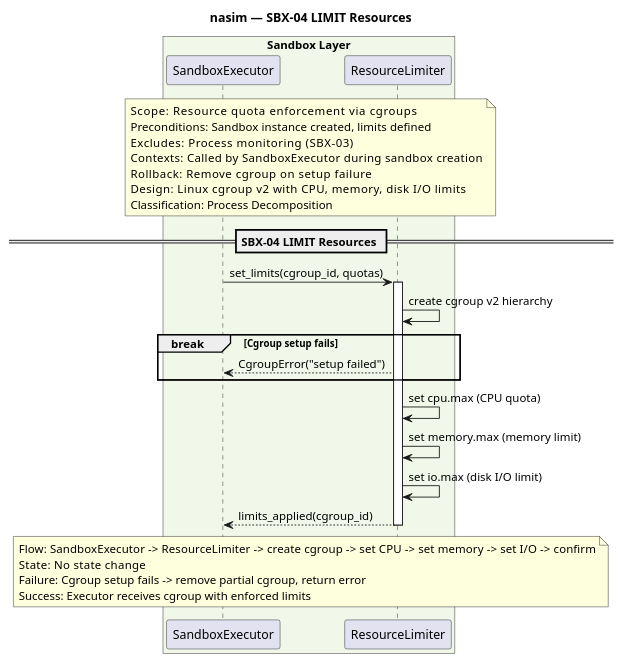
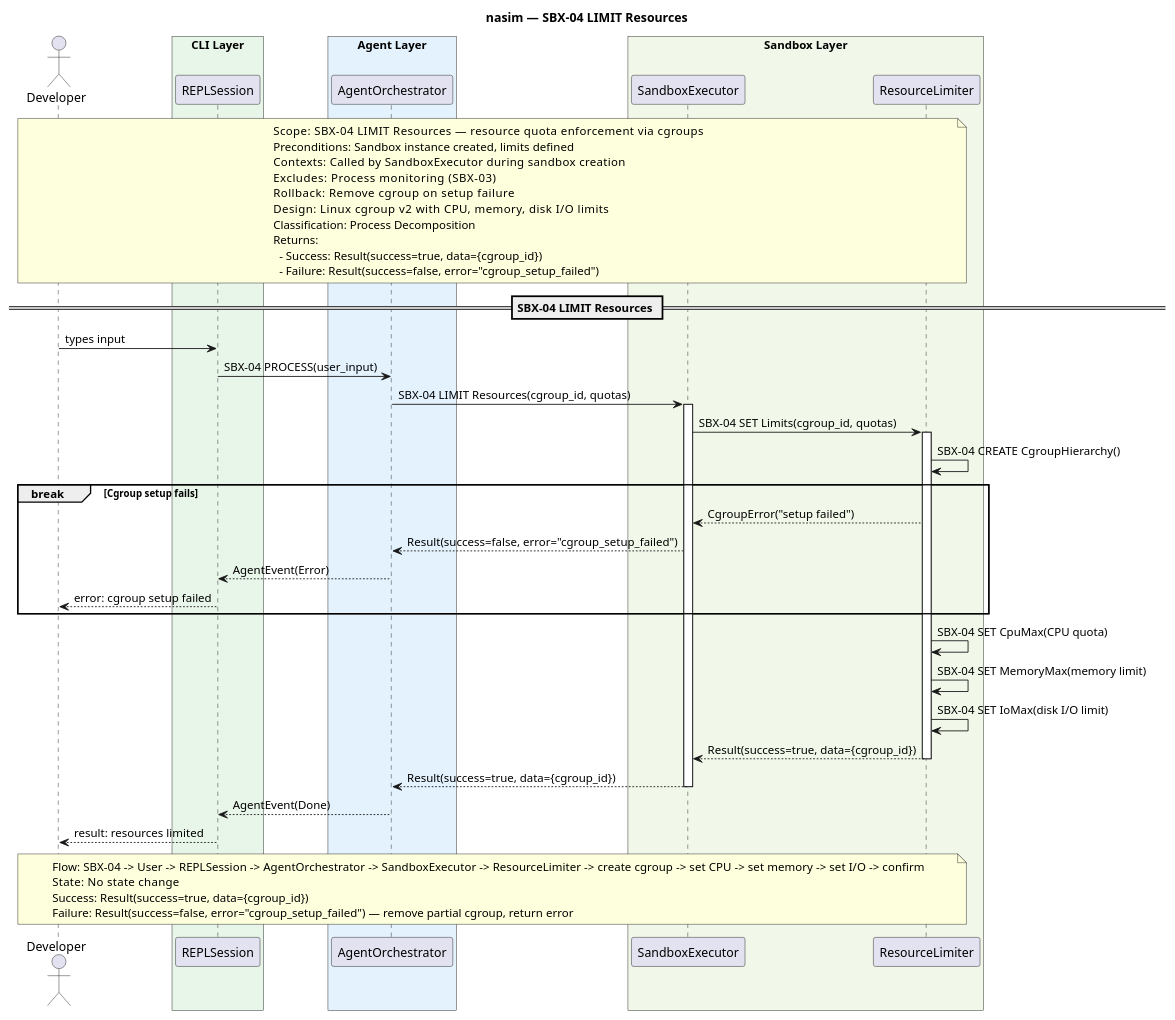
Before and after one commit to salimnamvar/nasim: the diagram in docs/SQ/SBX/sq_sbx04_limit_resources.puml, drawn with PlantUML. The commit also changed 148 other files, not shown here.

```diff
--- a/docs/SQ/SBX/sq_sbx04_limit_resources.puml
+++ b/docs/SQ/SBX/sq_sbx04_limit_resources.puml
@@ -1,54 +1,80 @@
 @startuml sq_sbx04_limit_resources
 ' ============================================================
 ' Title:     SBX-04 — LIMIT Resources
 ' Boundary:  nasim code agent
 ' Purpose:   Enforce CPU, memory, and disk quotas per sandbox instance
 ' Milestone: v1.0
-' Version:   2.0.0
+' Version:   3.0.0
 ' Source:    docs/UC/README.md
 ' Review:    docs/SQ/README.md
 ' ============================================================
 
 title nasim — SBX-04 LIMIT Resources
 
+actor "Developer" as user
+
+box "CLI Layer" #E8F5E9
+  participant "REPLSession" as repl
+end box
+box "Agent Layer" #E3F2FD
+  participant "AgentOrchestrator" as agent
+end box
 box "Sandbox Layer" #F1F8E9
   participant "SandboxExecutor" as executor
   participant "ResourceLimiter" as limiter
 end box
 
-note over executor, limiter
-  Scope:          Resource quota enforcement via cgroups
+note over user, limiter
+  Scope:          SBX-04 LIMIT Resources — resource quota enforcement via cgroups
   Preconditions:  Sandbox instance created, limits defined
+  Contexts:       Called by SandboxExecutor during sandbox creation
   Excludes:       Process monitoring (SBX-03)
-  Contexts:       Called by SandboxExecutor during sandbox creation
   Rollback:       Remove cgroup on setup failure
   Design:         Linux cgroup v2 with CPU, memory, disk I/O limits
   Classification: Process Decomposition
+  Returns:
+    - Success: Result(success=true, data={cgroup_id})
+    - Failure: Result(success=false, error="cgroup_setup_failed")
 end note
 
 == SBX-04 LIMIT Resources ==
 
-executor -> limiter : set_limits(cgroup_id, quotas)
+user -> repl : types input
+repl -> agent : SBX-04 PROCESS(user_input)
+
+agent -> executor : SBX-04 LIMIT Resources(cgroup_id, quotas)
+activate executor
+
+executor -> limiter : SBX-04 SET Limits(cgroup_id, quotas)
 activate limiter
 
-limiter -> limiter : create cgroup v2 hierarchy
+limiter -> limiter : SBX-04 CREATE CgroupHierarchy()
 
 break Cgroup setup fails
     limiter --> executor : CgroupError("setup failed")
+    executor --> agent : Result(success=false, error="cgroup_setup_failed")
+    agent --> repl : AgentEvent(Error)
+    repl --> user : error: cgroup setup failed
 end
 
-limiter -> limiter : set cpu.max (CPU quota)
-limiter -> limiter : set memory.max (memory limit)
-limiter -> limiter : set io.max (disk I/O limit)
+limiter -> limiter : SBX-04 SET CpuMax(CPU quota)
+limiter -> limiter : SBX-04 SET MemoryMax(memory limit)
+limiter -> limiter : SBX-04 SET IoMax(disk I/O limit)
 
-limiter --> executor : limits_applied(cgroup_id)
+limiter --> executor : Result(success=true, data={cgroup_id})
 deactivate limiter
 
-note over executor, limiter
-  Flow:    SandboxExecutor -> ResourceLimiter -> create cgroup -> set CPU -> set memory -> set I/O -> confirm
+executor --> agent : Result(success=true, data={cgroup_id})
+deactivate executor
+
+agent --> repl : AgentEvent(Done)
+repl --> user : result: resources limited
+
+note over user, limiter
+  Flow:    SBX-04 -> User -> REPLSession -> AgentOrchestrator -> SandboxExecutor -> ResourceLimiter -> create cgroup -> set CPU -> set memory -> set I/O -> confirm
   State:   No state change
-  Failure: Cgroup setup fails -> remove partial cgroup, return error
-  Success: Executor receives cgroup with enforced limits
+  Success: Result(success=true, data={cgroup_id})
+  Failure: Result(success=false, error="cgroup_setup_failed") — remove partial cgroup, return error
 end note
 
 @enduml
```
